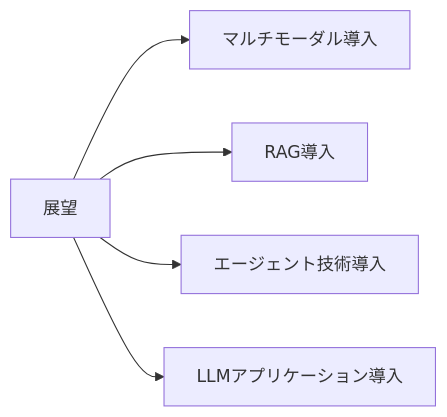
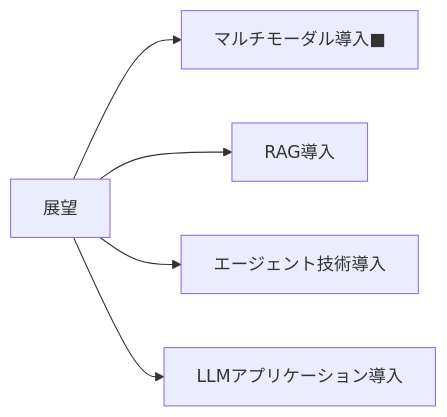
Before and after one commit to SparklingDetergent/doc_genai_Using_Generative_AI_with_Mac_Mini_-Introduction-: the tenth of 10 diagrams in README.md, drawn with Mermaid. The commit also changed other lines of this file, not shown here.

````diff
--- a/README.md
+++ b/README.md
@@ -146,7 +139,7 @@
 ```mermaid
 graph LR
-    A[展望] --> B[マルチモーダル導入]
+    A[展望] --> B[マルチモーダル導入■]
     A --> C[RAG導入]
     A --> D[エージェント技術導入]
     A --> E[LLMアプリケーション導入]
 ```
````
